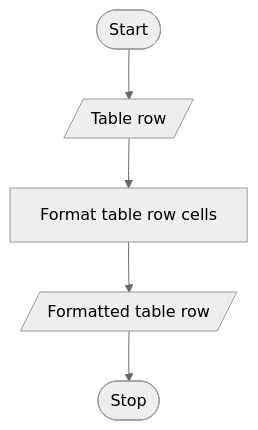
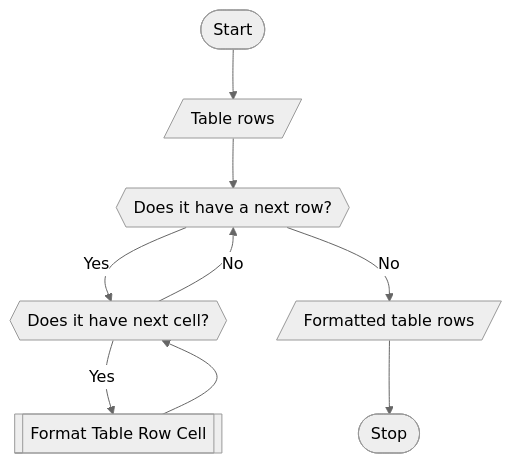
One commit to gherking/gherking-docs changed diagram 14 of 15 in src/mermaid.md. Above: the diagram before and after it, drawn with Mermaid (neutral theme). The commit also changed other lines of this file, not shown here.

````diff
--- a/src/mermaid.md
+++ b/src/mermaid.md
@@ -165,8 +165,12 @@
 ```mermaid
 graph TD
 start([Start])
---> row[/Table row/]
---> formatDataTableCells[Format table row cells]
---> formattedRow[/Formatted table row/]
+--> row[/Table rows/]
+-->branch1{{Does it have a next row?}}
+-->|Yes| branch2{{Does it have next cell?}}
+-->|Yes| formatCell[[Format Table Row Cell]]
+formatCell--> branch2
+branch2-->|No| branch1
+branch1-->|No| formattedRow[/Formatted table rows/]
 --> stop([Stop])
 ```
````
